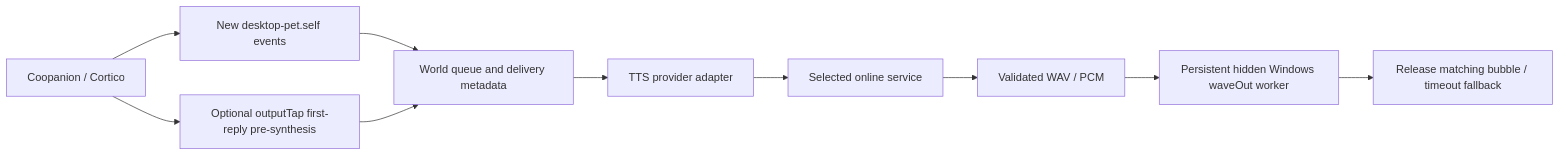
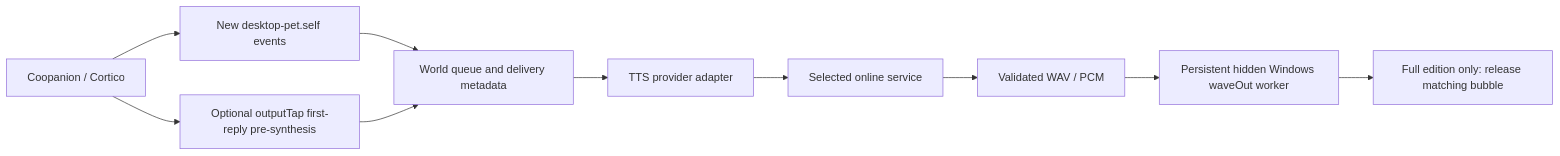
The diagram in docs/architecture.md (guyin24/coopanion-natural-voice), drawn with Mermaid before and after one commit. The commit also changed other lines of this file and 23 other files, not shown here.

Commit message:
Release separate market and full Natural Voice editions

````diff
--- a/docs/architecture.md
+++ b/docs/architecture.md
@@ -3,12 +3,12 @@
 ```mermaid
 flowchart LR
   Host[Coopanion / Cortico] --> Events[New desktop-pet.self events]
   Host --> Tap[Optional outputTap first-reply pre-synthesis]
   Events --> World[World queue and delivery metadata]
   Tap --> World
   World --> Router[TTS provider adapter]
   Router --> Service[Selected online service]
   Service --> Audio[Validated WAV / PCM]
   Audio --> Player[Persistent hidden Windows waveOut worker]
-  Player --> Gate[Release matching bubble / timeout fallback]
+  Player --> Gate[Full edition only: release matching bubble]
 ```
````
